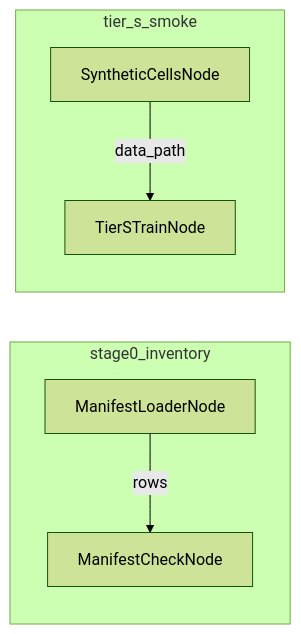
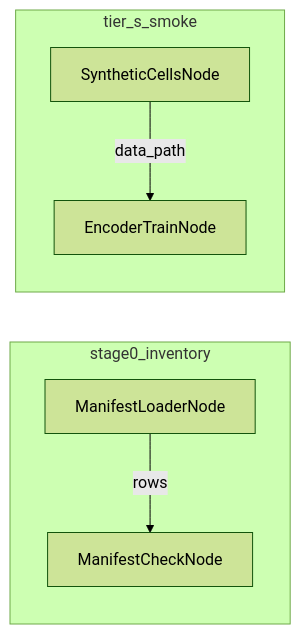
The first of 2 diagrams in zebrafish-brain-fm/nodes/README.md (Kays3/geneformer-vs-brainiac), drawn with Mermaid (forest theme) before and after one commit. The commit also changed other lines of this file and 4 other files, not shown here.

Commit message:
Rename the training node to EncoderTrainNode; add the tier M timing workflow

````diff
--- a/zebrafish-brain-fm/nodes/README.md
+++ b/zebrafish-brain-fm/nodes/README.md
@@ -14,9 +14,9 @@
 ```mermaid
 flowchart LR
     subgraph W0["stage0_inventory"]
         M["ManifestLoaderNode"] -->|"rows"| C["ManifestCheckNode"]
     end
     subgraph W1["tier_s_smoke"]
-        S["SyntheticCellsNode"] -->|"data_path"| T["TierSTrainNode"]
+        S["SyntheticCellsNode"] -->|"data_path"| T["EncoderTrainNode"]
     end
 ```
````
